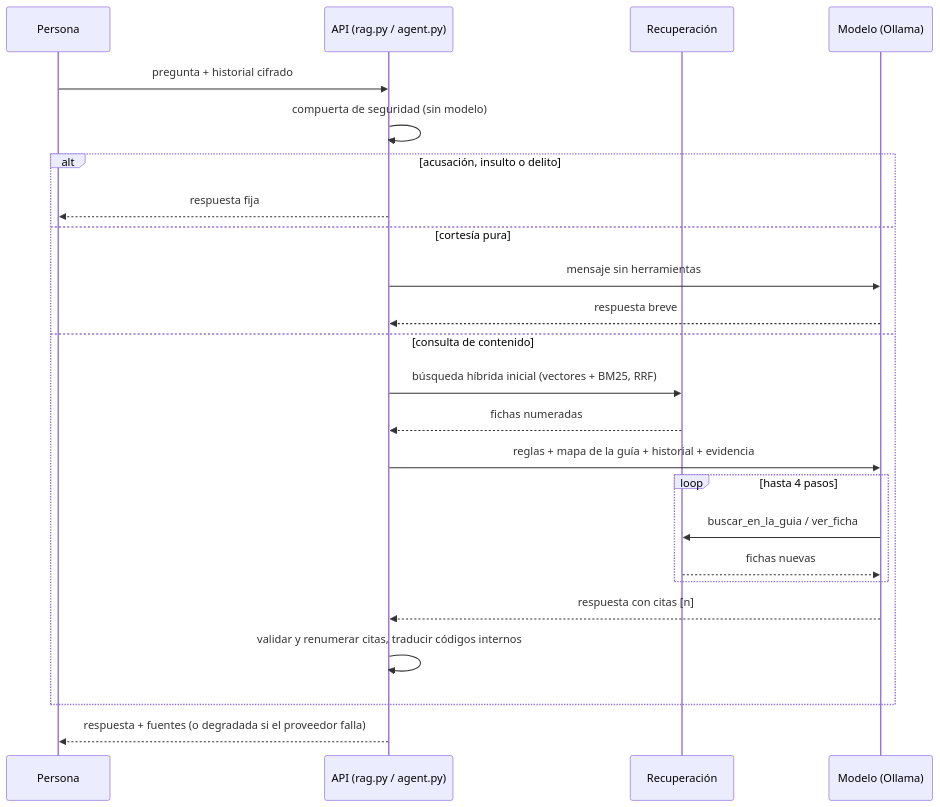
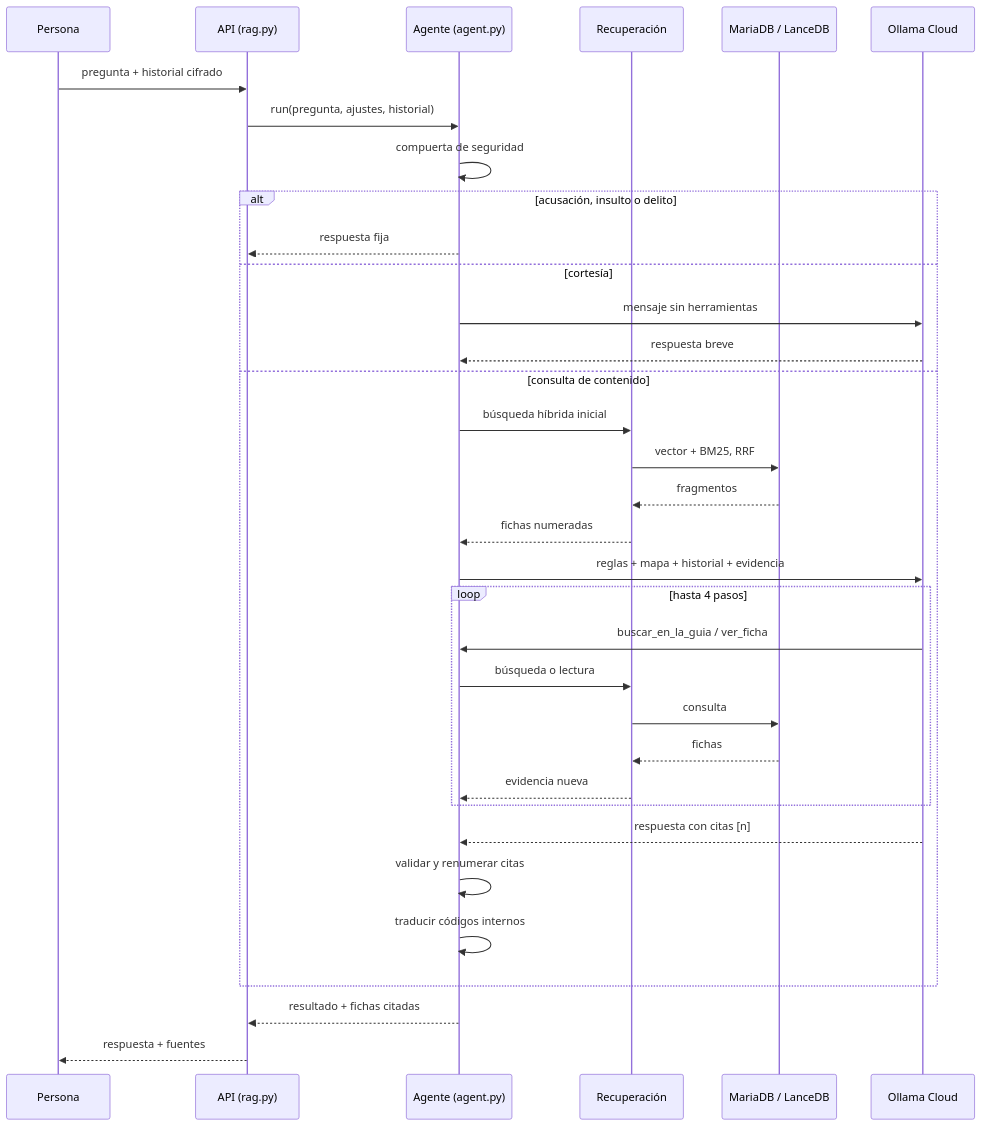
Before and after one commit to NebyX1/invest-lavalleja: the third of 4 diagrams in backend/docs/RAG_ENGINE.md, drawn with Mermaid. The commit also changed other lines of this file and 13 other files, not shown here.

First line of the commit message:
docs: actualizar modelos, arquitectura y diagramas al estado real

````diff
--- a/backend/docs/RAG_ENGINE.md
+++ b/backend/docs/RAG_ENGINE.md
@@ -77,26 +145,37 @@
 ```mermaid
 sequenceDiagram
     participant P as Persona
-    participant A as API (rag.py / agent.py)
-    participant R as Recuperación
-    participant M as Modelo (Ollama)
-    P->>A: pregunta + historial cifrado
-    A->>A: compuerta de seguridad (sin modelo)
+    participant API as API (rag.py)
+    participant AG as Agente (agent.py)
+    participant RET as Recuperación
+    participant DB as MariaDB / LanceDB
+    participant M as Ollama Cloud
+
+    P->>API: pregunta + historial cifrado
+    API->>AG: run(pregunta, ajustes, historial)
+    AG->>AG: compuerta de seguridad
     alt acusación, insulto o delito
-        A-->>P: respuesta fija
-    else cortesía pura
-        A->>M: mensaje sin herramientas
-        M-->>A: respuesta breve
+        AG-->>API: respuesta fija
+    else cortesía
+        AG->>M: mensaje sin herramientas
+        M-->>AG: respuesta breve
     else consulta de contenido
-        A->>R: búsqueda híbrida inicial (vectores + BM25, RRF)
-        R-->>A: fichas numeradas
-        A->>M: reglas + mapa de la guía + historial + evidencia
+        AG->>RET: búsqueda híbrida inicial
+        RET->>DB: vector + BM25, RRF
+        DB-->>RET: fragmentos
+        RET-->>AG: fichas numeradas
+        AG->>M: reglas + mapa + historial + evidencia
         loop hasta 4 pasos
-            M->>R: buscar_en_la_guia / ver_ficha
-            R-->>M: fichas nuevas
+            M->>AG: buscar_en_la_guia / ver_ficha
+            AG->>RET: búsqueda o lectura
+            RET->>DB: consulta
+            DB-->>RET: fichas
+            RET-->>AG: evidencia nueva
         end
-        M-->>A: respuesta con citas [n]
-        A->>A: validar y renumerar citas, traducir códigos internos
+        M-->>AG: respuesta con citas [n]
+        AG->>AG: validar y renumerar citas
+        AG->>AG: traducir códigos internos
     end
-    A-->>P: respuesta + fuentes (o degradada si el proveedor falla)
+    AG-->>API: resultado + fichas citadas
+    API-->>P: respuesta + fuentes
 ```
````
